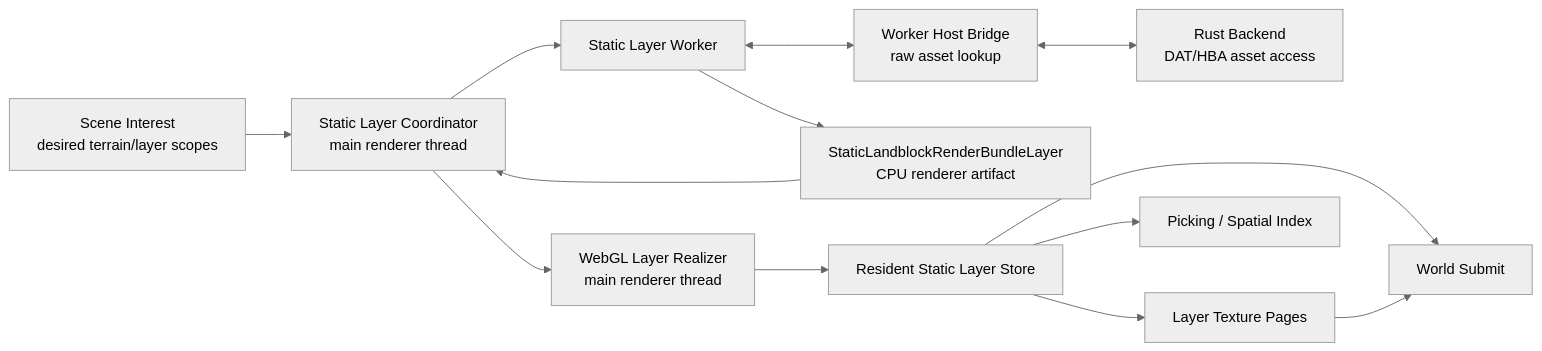
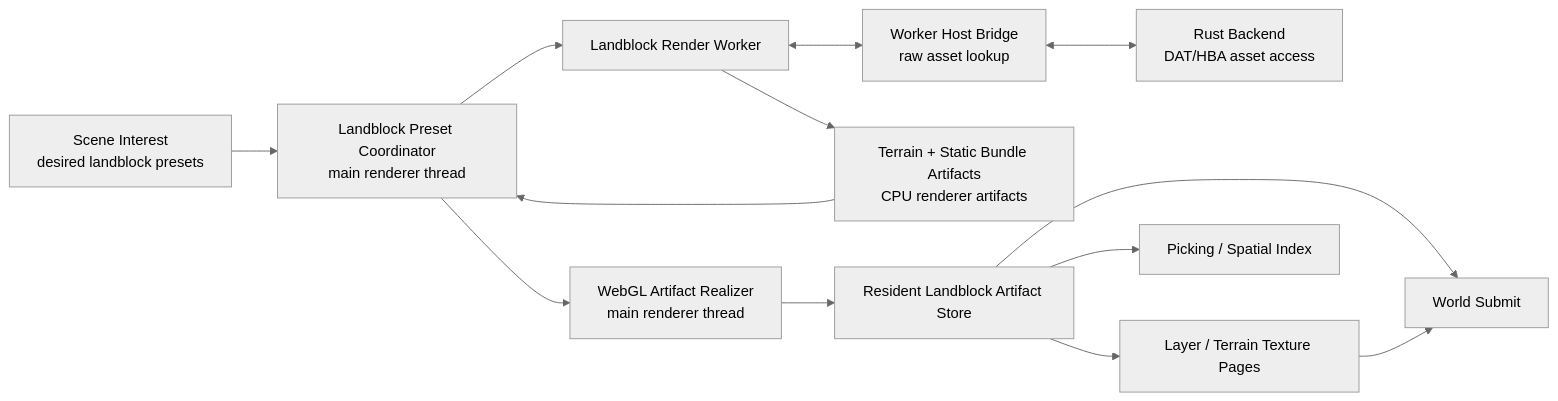
One commit to merklejerk/holtburger changed the first of 9 diagrams in docs/plans/holtburger-3d-static-landblock-render-bundle-replacement-plan.md. Above: the diagram before and after it, drawn with Mermaid (neutral theme). The commit also changed other lines of this file and 3 other files, not shown here.

````diff
--- a/docs/plans/holtburger-3d-static-landblock-render-bundle-replacement-plan.md
+++ b/docs/plans/holtburger-3d-static-landblock-render-bundle-replacement-plan.md
@@ -190,15 +227,15 @@
 ```mermaid
 flowchart LR
-    A[Scene Interest<br/>desired terrain/layer scopes] --> K[Static Layer Coordinator<br/>main renderer thread]
-    K --> B[Static Layer Worker]
+    A[Scene Interest<br/>desired landblock presets] --> K[Landblock Preset Coordinator<br/>main renderer thread]
+    K --> B[Landblock Render Worker]
     B <--> C[Worker Host Bridge<br/>raw asset lookup]
     C <--> H[Rust Backend<br/>DAT/HBA asset access]
-    B --> D[StaticLandblockRenderBundleLayer<br/>CPU renderer artifact]
+    B --> D[Terrain + Static Bundle Artifacts<br/>CPU renderer artifacts]
     D --> K
-    K --> E[WebGL Layer Realizer<br/>main renderer thread]
-    E --> F[Resident Static Layer Store]
+    K --> E[WebGL Artifact Realizer<br/>main renderer thread]
+    E --> F[Resident Landblock Artifact Store]
     F --> G[World Submit]
-    F --> I[Layer Texture Pages]
+    F --> I[Layer / Terrain Texture Pages]
     I --> G
     F --> J[Picking / Spatial Index]
 ```
````
